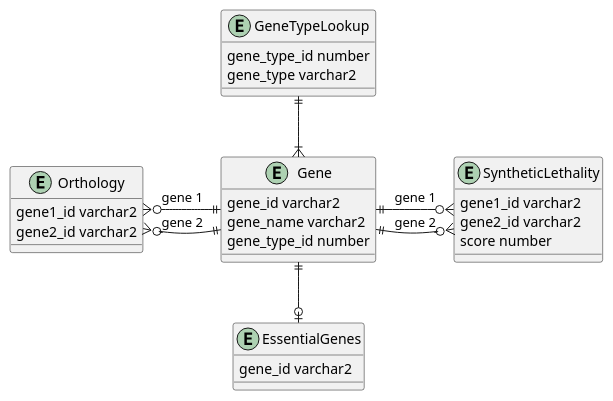
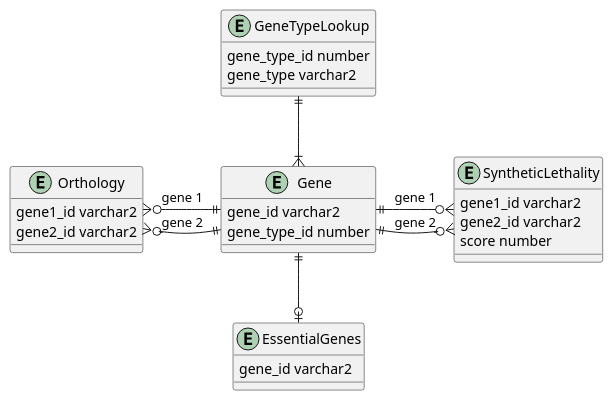
Before and after one commit to BalintB4/DbProcjectRevision2: the diagram in plantuml/ERD.puml, drawn with PlantUML. The commit also changed 1 other file, not shown here.

Commit message:
fix: removed gene_name

```diff
--- a/plantuml/ERD.puml
+++ b/plantuml/ERD.puml
@@ -1,35 +1,34 @@
 @startuml
 entity GeneTypeLookup {
     gene_type_id number
     gene_type varchar2
 }
 
 entity Gene {
     gene_id varchar2
-    gene_name varchar2
     gene_type_id number
 }
 
 entity Orthology {
     gene1_id varchar2
     gene2_id varchar2
 }
 
 entity SyntheticLethality {
     gene1_id varchar2
     gene2_id varchar2
     score number
 }
 
 entity EssentialGenes {
     gene_id varchar2
 }
 
 GeneTypeLookup ||--|{ Gene
 Gene ||-l-o{ Orthology : "gene 1"
 Gene ||--o{ Orthology : "gene 2"
 Gene ||-r-o{ SyntheticLethality : "gene 1"
 Gene ||--o{ SyntheticLethality : "gene 2"
 Gene ||--o| EssentialGenes
 
 @enduml
```
